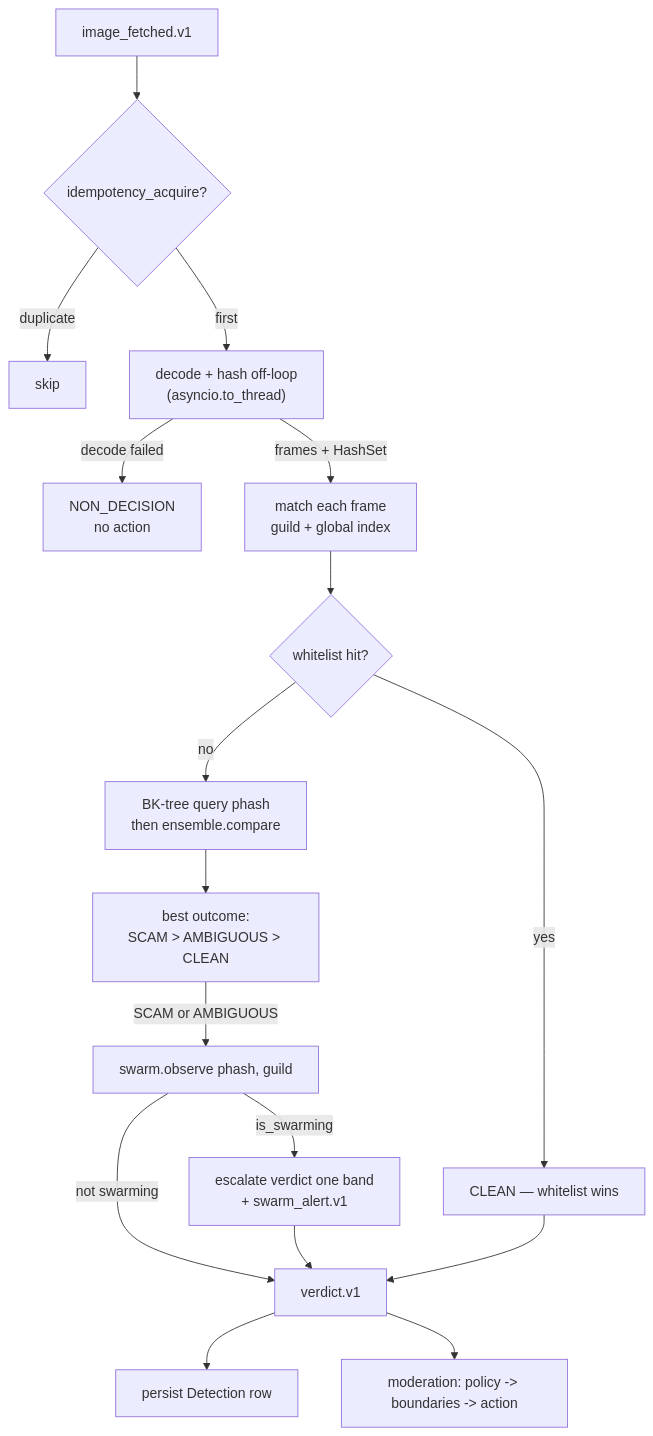
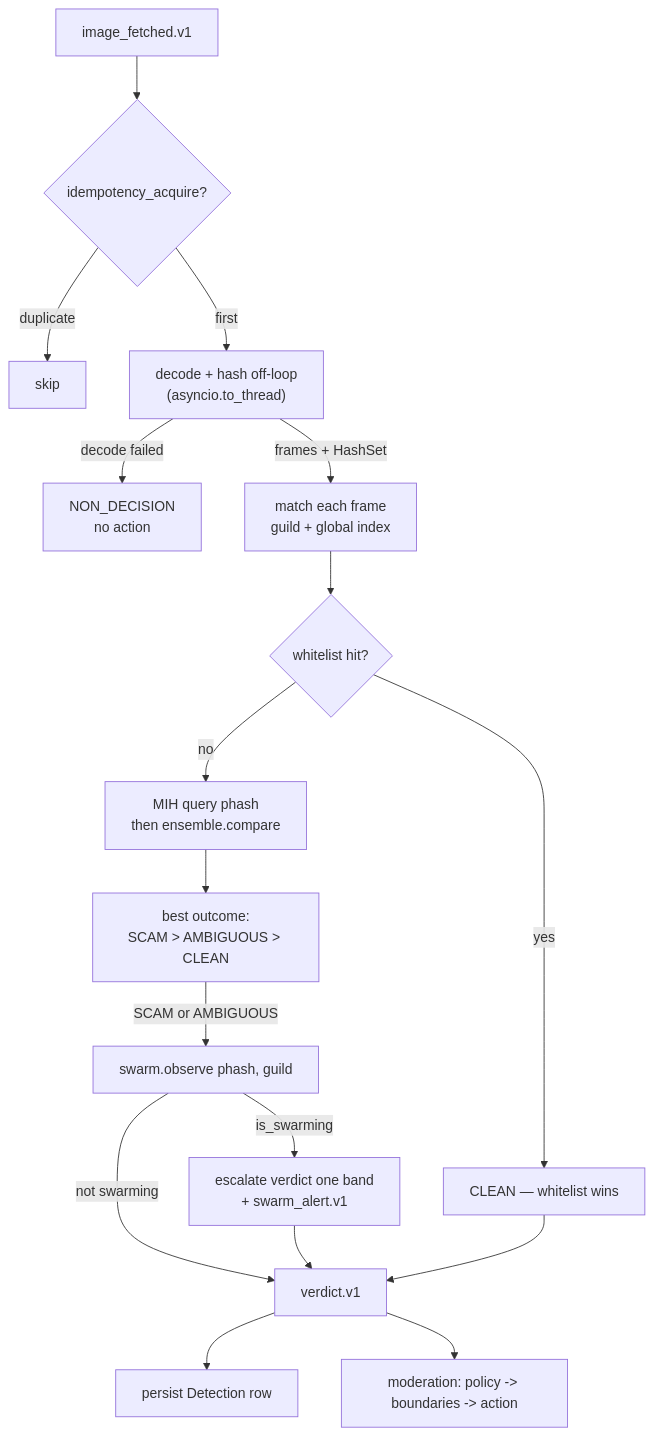
Before and after one commit to la314sazuli/optimus: the second of 3 diagrams in docs/architecture.md, drawn with Mermaid. The commit also changed other lines of this file and 18 other files, not shown here.

First line of the commit message:
Replace BK-tree phash index with multi-index hashing (MIH)

````diff
--- a/docs/architecture.md
+++ b/docs/architecture.md
@@ -153,19 +153,19 @@
 ```mermaid
 flowchart TD
     A[image_fetched.v1] --> B{idempotency_acquire?}
     B -- duplicate --> Z0[skip]
     B -- first --> C["decode + hash off-loop<br/>(asyncio.to_thread)"]
     C -- decode failed --> Z1["NON_DECISION<br/>no action"]
     C -- frames + HashSet --> D["match each frame<br/>guild + global index"]
     D --> E{whitelist hit?}
     E -- yes --> W[CLEAN — whitelist wins]
-    E -- no --> F["BK-tree query phash<br/>then ensemble.compare"]
+    E -- no --> F["MIH query phash<br/>then ensemble.compare"]
     F --> G["best outcome:<br/>SCAM &gt; AMBIGUOUS &gt; CLEAN"]
     G -->|SCAM or AMBIGUOUS| H[swarm.observe phash, guild]
     H -->|is_swarming| I["escalate verdict one band<br/>+ swarm_alert.v1"]
     H -->|not swarming| J[verdict.v1]
     I --> J
     W --> J
     J --> K[persist Detection row]
     J --> L[moderation: policy -> boundaries -> action]
 ```
````
